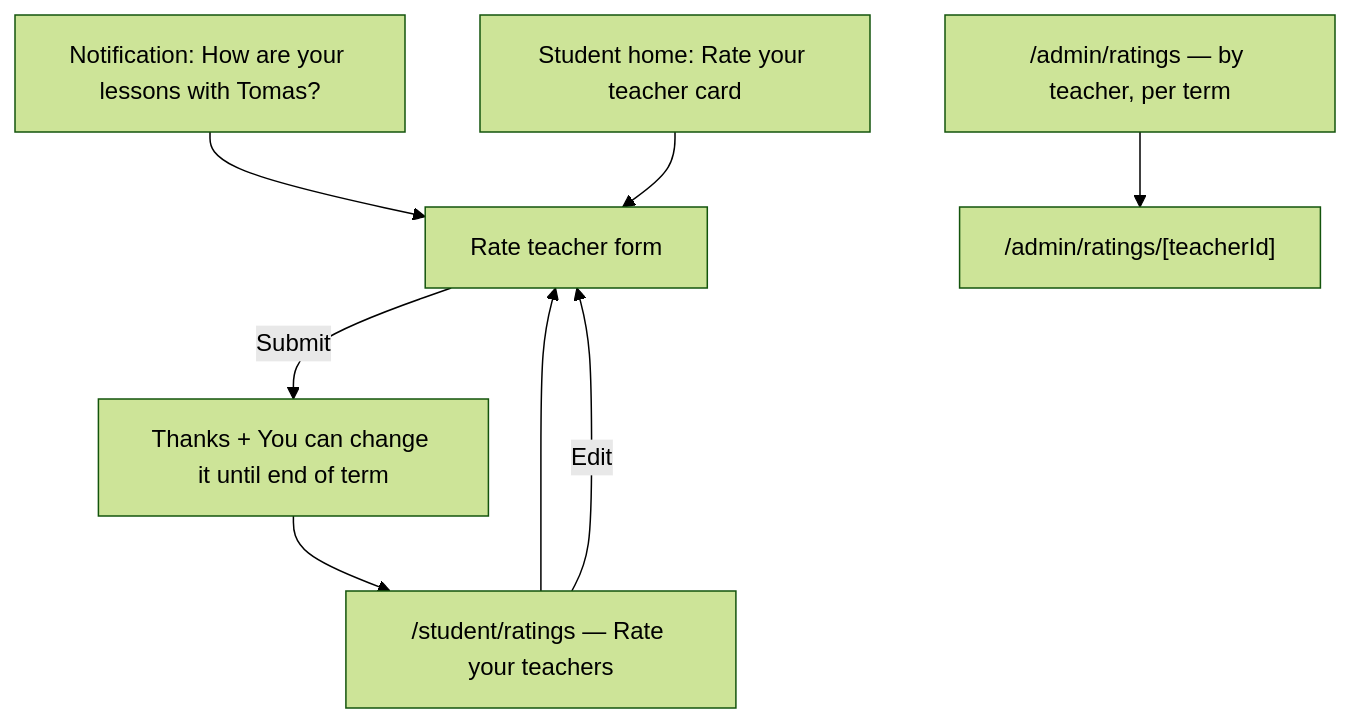
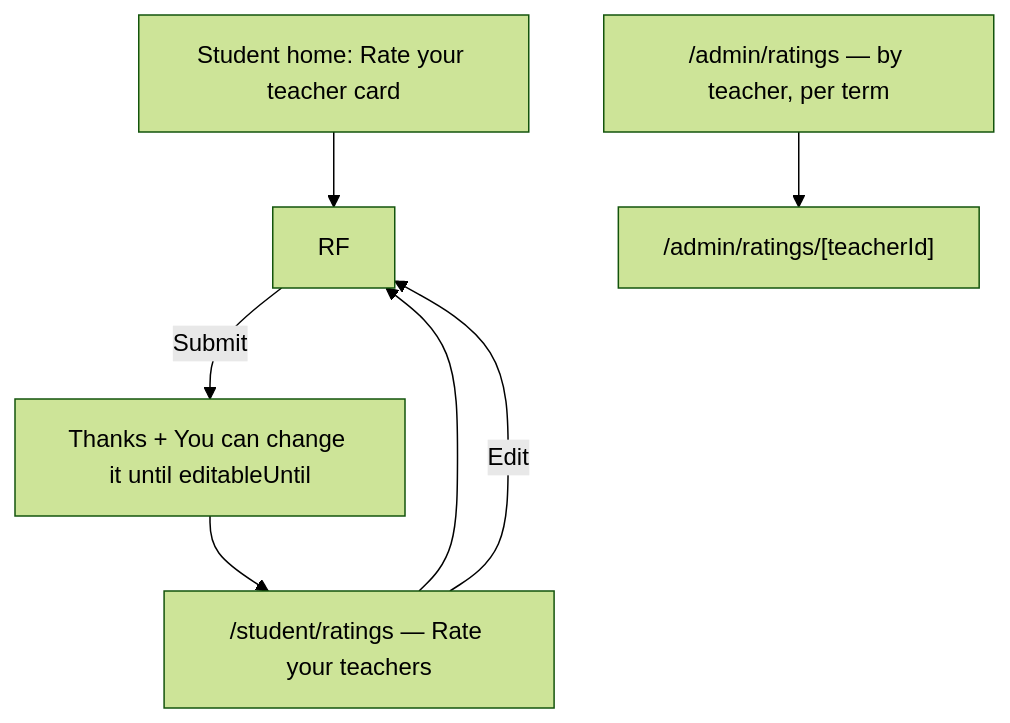
Before and after one commit to NoncommissionedRush/schoolmanager: the second of 3 diagrams in docs/design/notifications-substitutes.md, drawn with Mermaid (forest theme). The commit also changed other lines of this file and 1 other file, not shown here.

````diff
--- a/docs/design/notifications-substitutes.md
+++ b/docs/design/notifications-substitutes.md
@@ -499,10 +552,9 @@
 ```mermaid
 flowchart TD
-  NT[Notification: How are your lessons with Tomas?] --> RF[Rate teacher form]
   HC[Student home: Rate your teacher card] --> RF
   RL["/student/ratings — Rate your teachers"] --> RF
-  RF -->|Submit| TY[Thanks + You can change it until end of term]
+  RF -->|Submit| TY[Thanks + You can change it until editableUntil]
   TY --> RL
   RL -->|Edit| RF
   AR["/admin/ratings — by teacher, per term"] --> AD["/admin/ratings/[teacherId]"]
 ```
````
